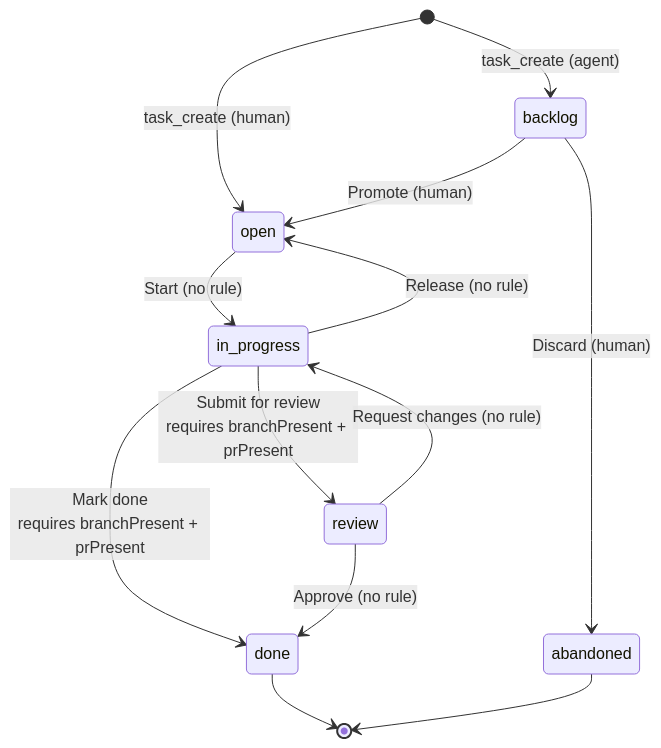
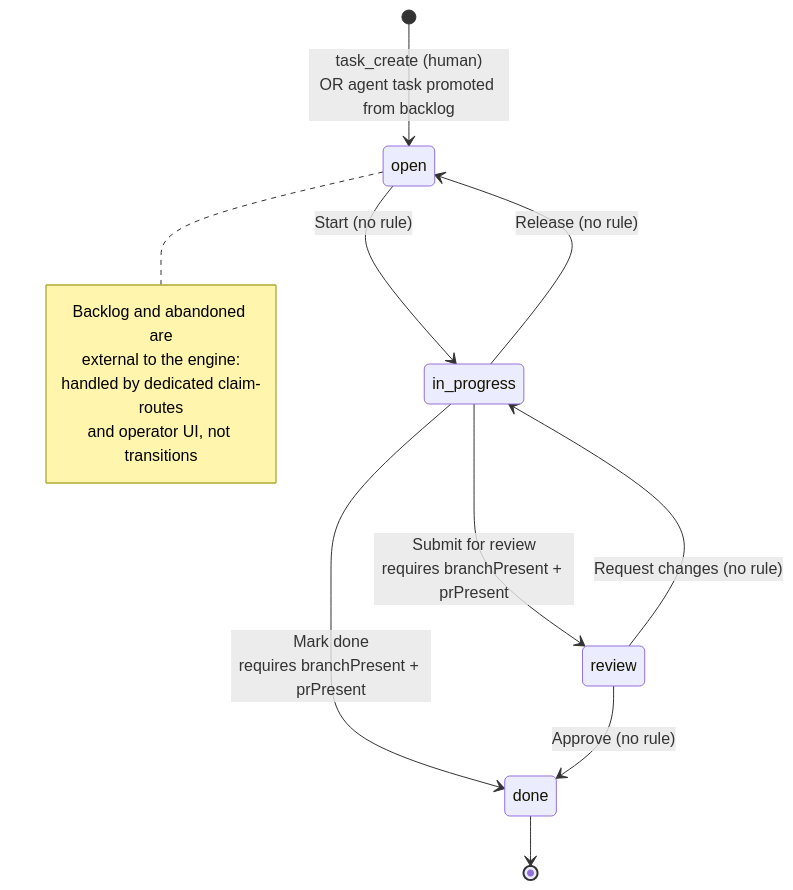
Before and after one commit to LanNguyenSi/agent-tasks: the diagram in docs/state-machines.md, drawn with Mermaid. The commit also changed other lines of this file and 3 other files, not shown here.

````diff
--- a/docs/state-machines.md
+++ b/docs/state-machines.md
@@ -9,15 +9,18 @@
 ```mermaid
 stateDiagram-v2
-    [*] --> backlog: task_create (agent)
-    [*] --> open: task_create (human)
-    backlog --> open: Promote (human)
-    backlog --> abandoned: Discard (human)
+    [*] --> open: task_create (human)<br/>OR agent task promoted from backlog
     open --> in_progress: Start (no rule)
     in_progress --> review: Submit for review<br/>requires branchPresent + prPresent
     in_progress --> done: Mark done<br/>requires branchPresent + prPresent
     in_progress --> open: Release (no rule)
     review --> done: Approve (no rule)
     review --> in_progress: Request changes (no rule)
     done --> [*]
-    abandoned --> [*]
+    
+    note right of open
+        Backlog and abandoned are
+        external to the engine:
+        handled by dedicated claim-routes
+        and operator UI, not transitions
+    end note
 ```
````
